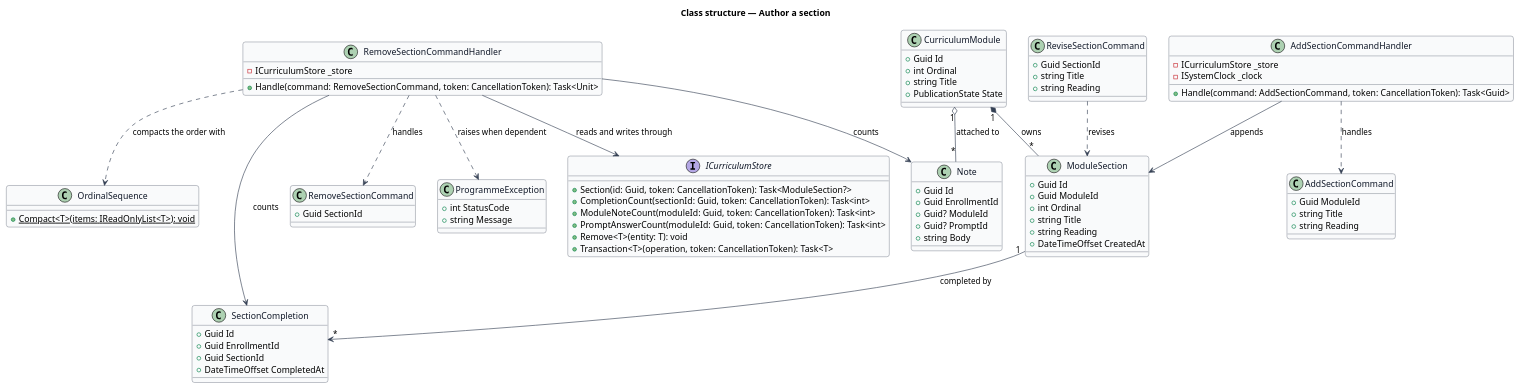
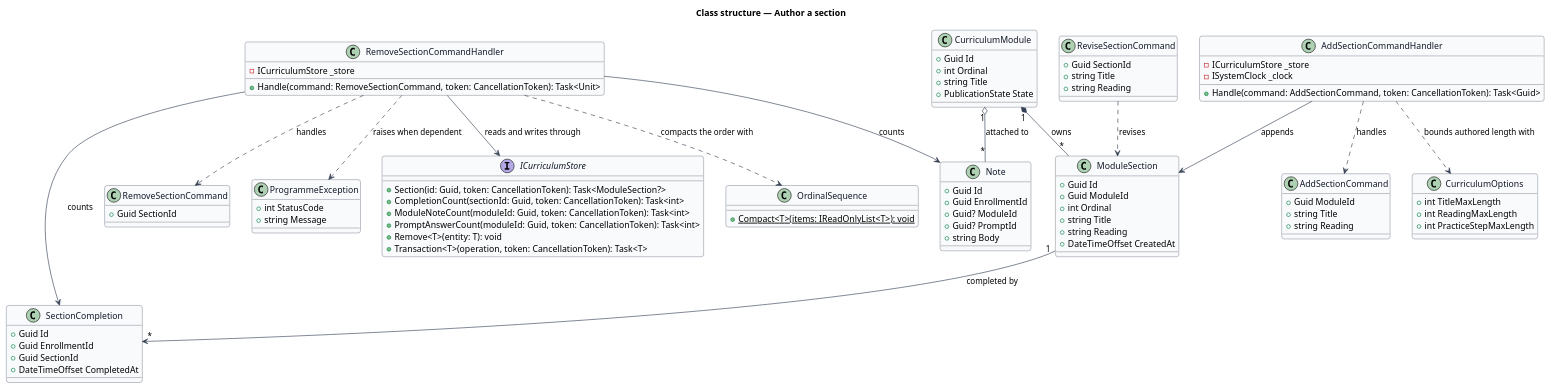
The diagram in docs/detailed-designs/administration/author-section/diagrams/class-structure.puml (QuinntyneBrown/quinntyne-brown-stewardship), drawn with PlantUML before and after one commit. The commit also changed 7 other files, not shown here.

```diff
--- a/docs/detailed-designs/administration/author-section/diagrams/class-structure.puml
+++ b/docs/detailed-designs/administration/author-section/diagrams/class-structure.puml
@@ -1,102 +1,109 @@
 @startuml
 skinparam backgroundColor #FFFFFF
 skinparam shadowing false
 skinparam roundcorner 8
 skinparam defaultFontName Arial
 skinparam ArrowColor #344054
 skinparam class {
   BorderColor #344054
   FontColor #101828
   BackgroundColor #F9FAFB
 }
 title Class structure — Author a section
 
 class CurriculumModule {
   +Guid Id
   +int Ordinal
   +string Title
   +PublicationState State
 }
 
 class ModuleSection {
   +Guid Id
   +Guid ModuleId
   +int Ordinal
   +string Title
   +string Reading
   +DateTimeOffset CreatedAt
 }
 
 class Note {
   +Guid Id
   +Guid EnrollmentId
   +Guid? ModuleId
   +Guid? PromptId
   +string Body
 }
 
 class SectionCompletion {
   +Guid Id
   +Guid EnrollmentId
   +Guid SectionId
   +DateTimeOffset CompletedAt
 }
 
 class AddSectionCommand {
   +Guid ModuleId
   +string Title
   +string Reading
 }
 
 class AddSectionCommandHandler {
   -ICurriculumStore _store
   -ISystemClock _clock
   +Handle(command: AddSectionCommand, token: CancellationToken): Task<Guid>
 }
 
 class ReviseSectionCommand {
   +Guid SectionId
   +string Title
   +string Reading
 }
 
 class RemoveSectionCommand {
   +Guid SectionId
 }
 
 class RemoveSectionCommandHandler {
   -ICurriculumStore _store
   +Handle(command: RemoveSectionCommand, token: CancellationToken): Task<Unit>
 }
 
 class ProgrammeException {
   +int StatusCode
   +string Message
 }
 
 interface ICurriculumStore {
   +Section(id: Guid, token: CancellationToken): Task<ModuleSection?>
   +CompletionCount(sectionId: Guid, token: CancellationToken): Task<int>
   +ModuleNoteCount(moduleId: Guid, token: CancellationToken): Task<int>
   +PromptAnswerCount(moduleId: Guid, token: CancellationToken): Task<int>
   +Remove<T>(entity: T): void
   +Transaction<T>(operation, token: CancellationToken): Task<T>
 }
 
+class CurriculumOptions {
+  +int TitleMaxLength
+  +int ReadingMaxLength
+  +int PracticeStepMaxLength
+}
+
 class OrdinalSequence {
   +{static} Compact<T>(items: IReadOnlyList<T>): void
 }
 
 CurriculumModule "1" *-- "*" ModuleSection : owns
 ModuleSection "1" --> "*" SectionCompletion : completed by
 AddSectionCommandHandler ..> AddSectionCommand : handles
 AddSectionCommandHandler --> ModuleSection : appends
 RemoveSectionCommandHandler ..> RemoveSectionCommand : handles
 RemoveSectionCommandHandler --> SectionCompletion : counts
 RemoveSectionCommandHandler --> Note : counts
 CurriculumModule "1" o-- "*" Note : attached to
 RemoveSectionCommandHandler ..> ProgrammeException : raises when dependent
 RemoveSectionCommandHandler ..> OrdinalSequence : compacts the order with
 RemoveSectionCommandHandler --> ICurriculumStore : reads and writes through
+AddSectionCommandHandler ..> CurriculumOptions : bounds authored length with
 ReviseSectionCommand ..> ModuleSection : revises
 @enduml
```
